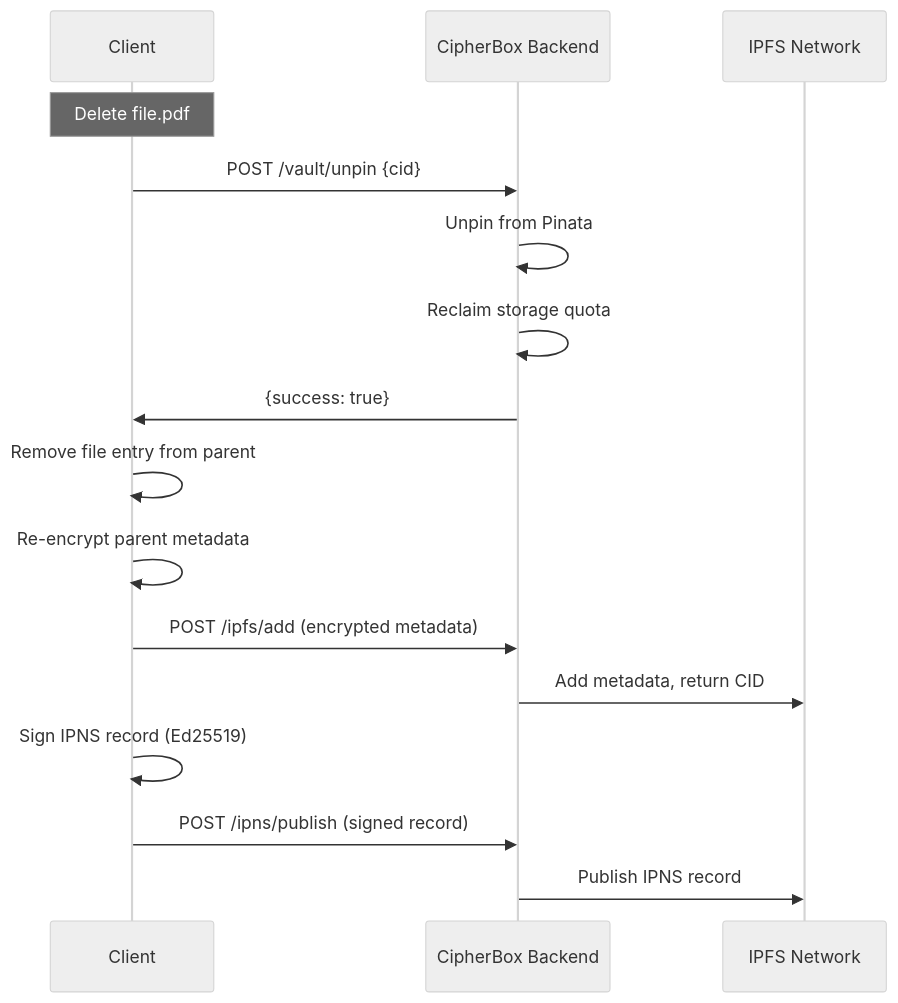
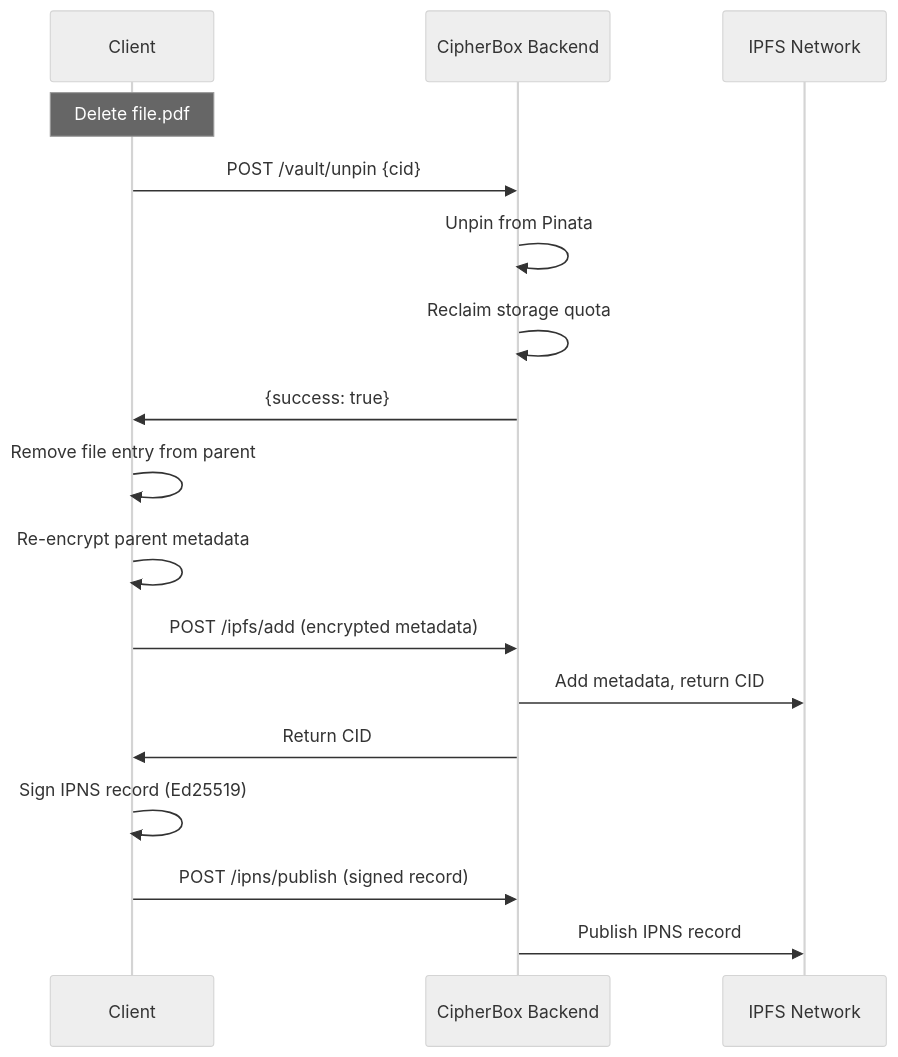
Diagram 12 of 14 in Documentation/DATA_FLOWS.md (FSM1/cipher-box), drawn with Mermaid (neutral theme) before and after one commit. The commit also changed other lines of this file and 1 other file, not shown here.

First line of the commit message:
Add missing return arrows in IPFS/IPNS sequence diagrams

````diff
--- a/Documentation/DATA_FLOWS.md
+++ b/Documentation/DATA_FLOWS.md
@@ -461,21 +467,22 @@
 ```mermaid
 sequenceDiagram
     participant C as Client
     participant B as CipherBox Backend
     participant IPFS as IPFS Network
     
     Note over C: Delete file.pdf
     
     C->>B: POST /vault/unpin {cid}
     B->>B: Unpin from Pinata
     B->>B: Reclaim storage quota
     B->>C: {success: true}
     
     C->>C: Remove file entry from parent
     C->>C: Re-encrypt parent metadata
     C->>B: POST /ipfs/add (encrypted metadata)
     B->>IPFS: Add metadata, return CID
+    B->>C: Return CID
     C->>C: Sign IPNS record (Ed25519)
     C->>B: POST /ipns/publish (signed record)
     B->>IPFS: Publish IPNS record
 ```
````
